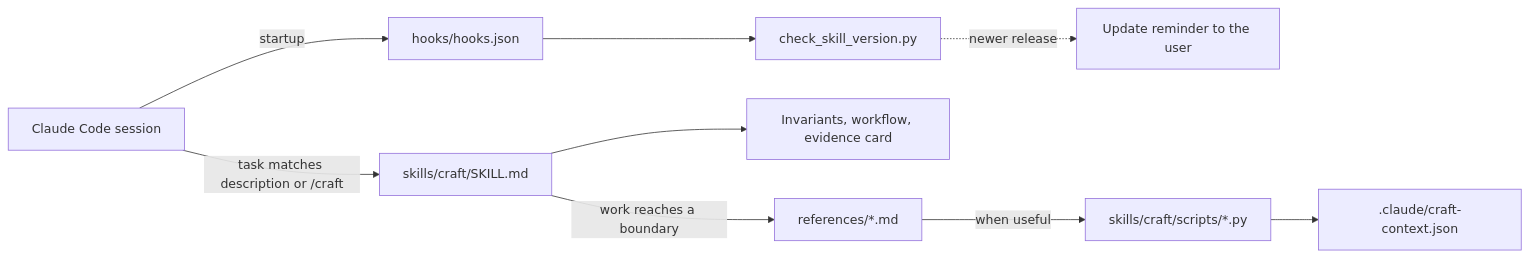
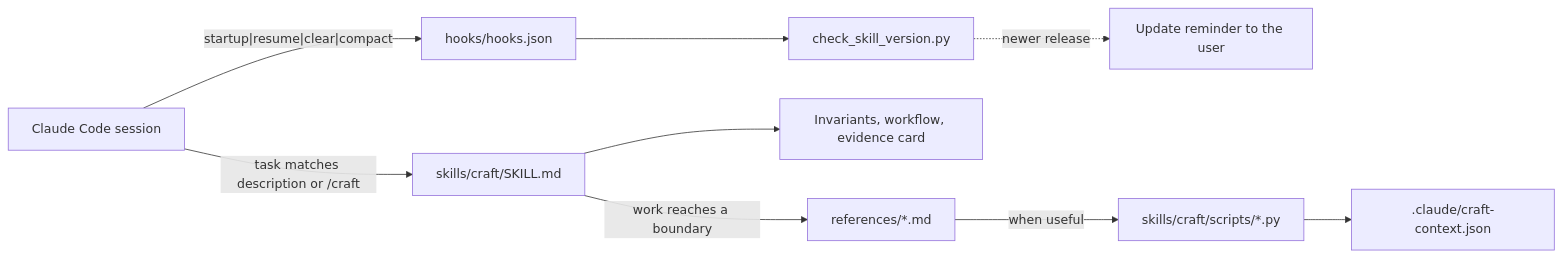
Before and after one commit to abhimanyusingh-gh/Arkon: the first of 2 diagrams in docs/ARCHITECTURE.md, drawn with Mermaid. The commit also changed 9 other files, not shown here.

````diff
--- a/docs/ARCHITECTURE.md
+++ b/docs/ARCHITECTURE.md
@@ -28,11 +28,11 @@
 ```mermaid
 flowchart LR
-    Session["Claude Code session"] -->|startup| Hook["hooks/hooks.json"]
+    Session["Claude Code session"] -->|"startup|resume|clear|compact"| Hook["hooks/hooks.json"]
     Hook --> Version["check_skill_version.py"]
     Version -.->|newer release| Reminder["Update reminder to the user"]
     Session -->|task matches description or /craft| Skill["skills/craft/SKILL.md"]
     Skill --> Card["Invariants, workflow, evidence card"]
     Skill -->|work reaches a boundary| Refs["references/*.md"]
     Refs -->|when useful| Scripts["skills/craft/scripts/*.py"]
     Scripts --> Context[".claude/craft-context.json"]
 ```
````
